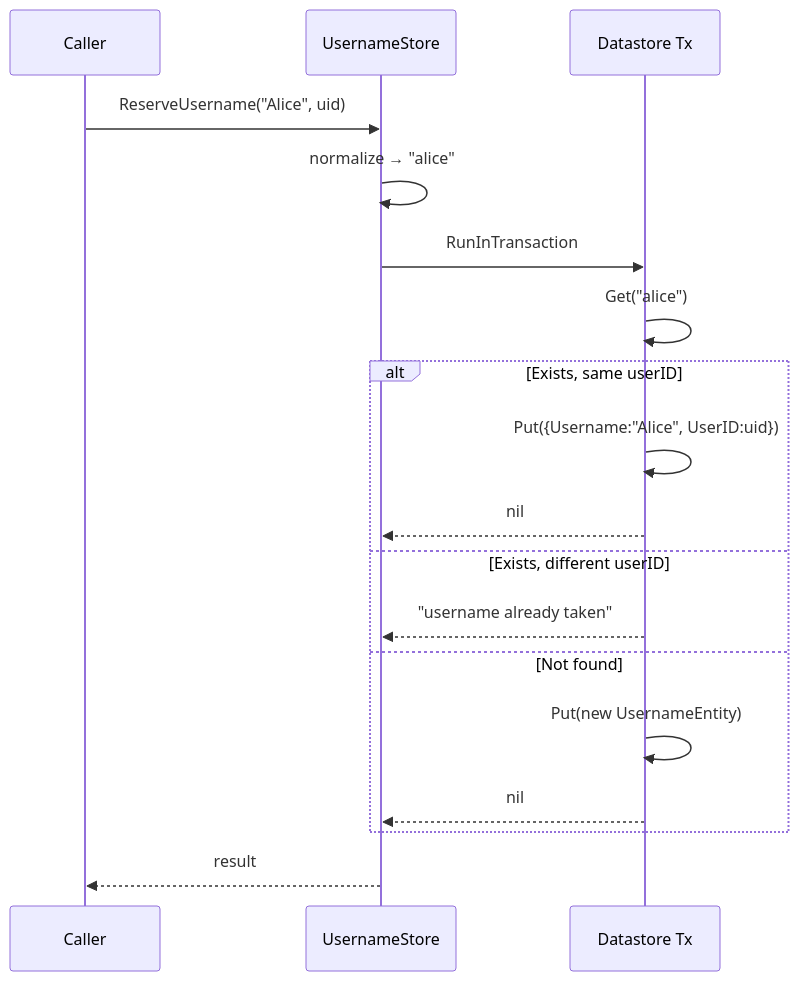
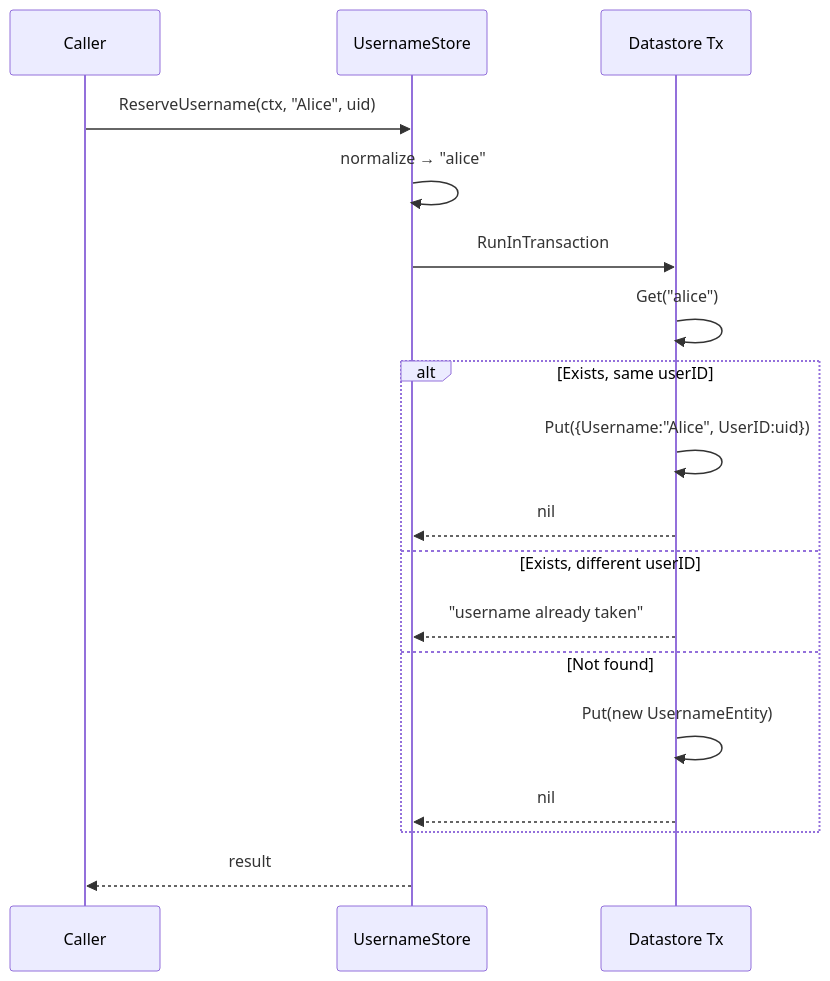
The second of 4 diagrams in stores/gae/DESIGN.md (panyam/oneauth), drawn with Mermaid before and after one commit. The commit also changed other lines of this file and 38 other files, not shown here.

````diff
--- a/stores/gae/DESIGN.md
+++ b/stores/gae/DESIGN.md
@@ -86,21 +86,21 @@
 ```mermaid
 sequenceDiagram
     participant Caller
     participant US as UsernameStore
     participant Tx as Datastore Tx
 
-    Caller->>US: ReserveUsername("Alice", uid)
+    Caller->>US: ReserveUsername(ctx, "Alice", uid)
     US->>US: normalize → "alice"
     US->>Tx: RunInTransaction
     Tx->>Tx: Get("alice")
     alt Exists, same userID
         Tx->>Tx: Put({Username:"Alice", UserID:uid})
         Tx-->>US: nil
     else Exists, different userID
         Tx-->>US: "username already taken"
     else Not found
         Tx->>Tx: Put(new UsernameEntity)
         Tx-->>US: nil
     end
     US-->>Caller: result
 ```
````
